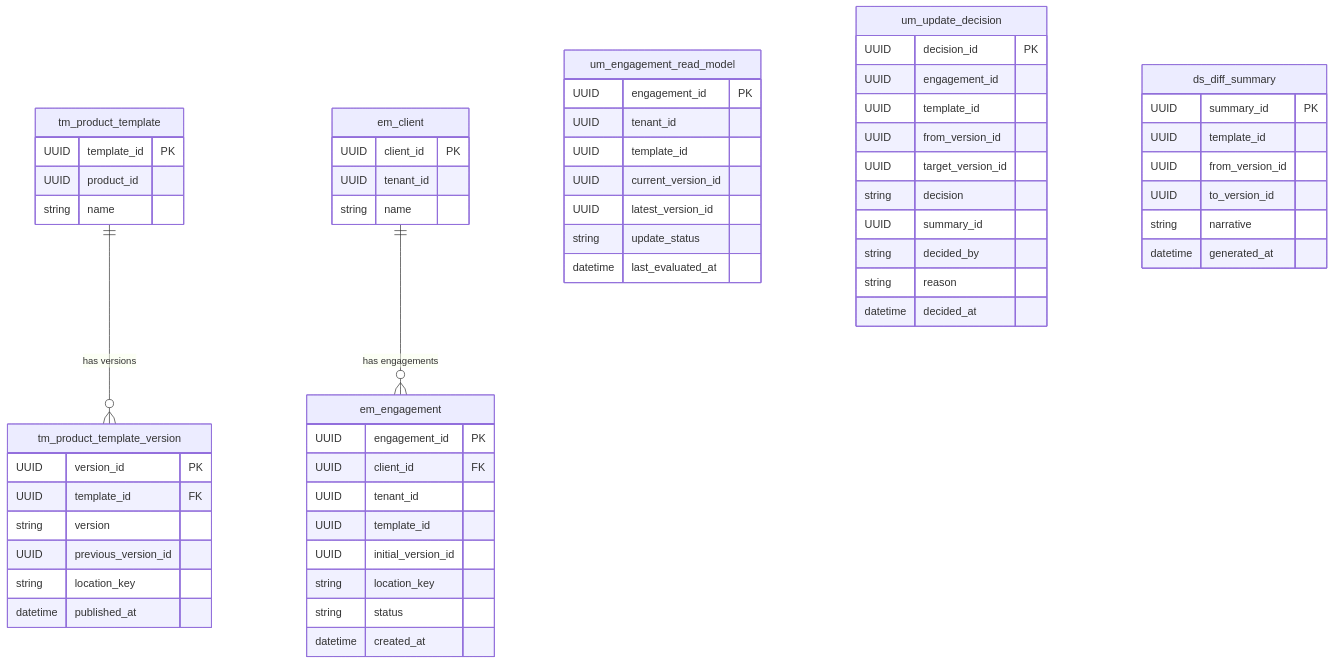
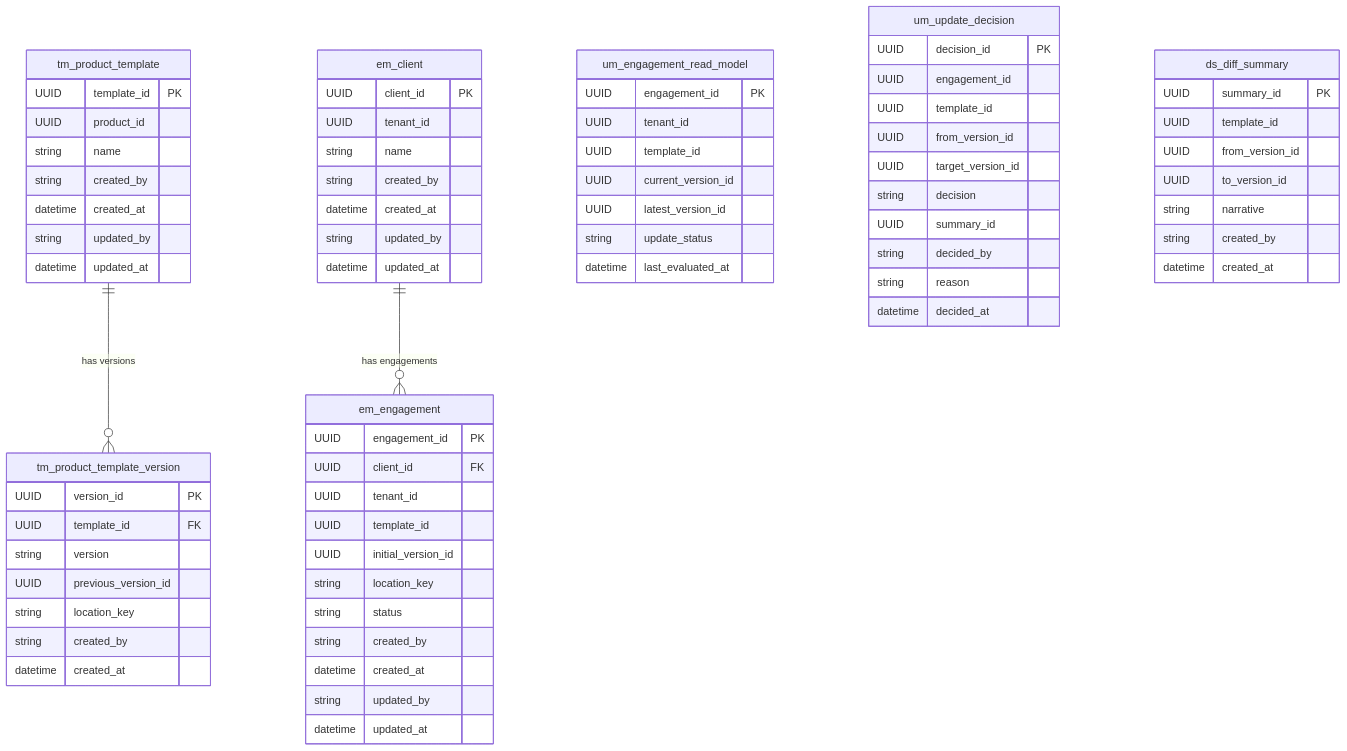
One commit to jose-foronda/caseware_test_2026_09 changed the diagram in architecture/erd.md. Above: the diagram before and after it, drawn with Mermaid.

Commit message:
refining erd

```diff
--- a/architecture/erd.md
+++ b/architecture/erd.md
@@ -31,9 +31,13 @@
     %% ─── tm (Template Management) ──────────────────────────────────────
 
     tm_product_template {
-        UUID   template_id PK
-        UUID   product_id
-        string name
+        UUID     template_id PK
+        UUID     product_id
+        string   name
+        string   created_by
+        datetime created_at
+        string   updated_by
+        datetime updated_at
     }
 
     tm_product_template_version {
@@ -42,15 +46,20 @@
         string   version
         UUID     previous_version_id
         string   location_key
-        datetime published_at
+        string   created_by
+        datetime created_at
     }
 
     %% ─── em (Engagement Management) ────────────────────────────────────
 
     em_client {
-        UUID   client_id  PK
-        UUID   tenant_id
-        string name
+        UUID     client_id  PK
+        UUID     tenant_id
+        string   name
+        string   created_by
+        datetime created_at
+        string   updated_by
+        datetime updated_at
     }
 
     em_engagement {
@@ -61,7 +70,10 @@
         UUID     initial_version_id
         string   location_key
         string   status
+        string   created_by
         datetime created_at
+        string   updated_by
+        datetime updated_at
     }
 
     %% ─── um (Update Management) ─────────────────────────────────────────
@@ -97,7 +109,8 @@
         UUID     from_version_id
         UUID     to_version_id
         string   narrative
-        datetime generated_at
+        string   created_by
+        datetime created_at
     }
 
     %% ─── Relationships (within schema only) ────────────────────────────
```
